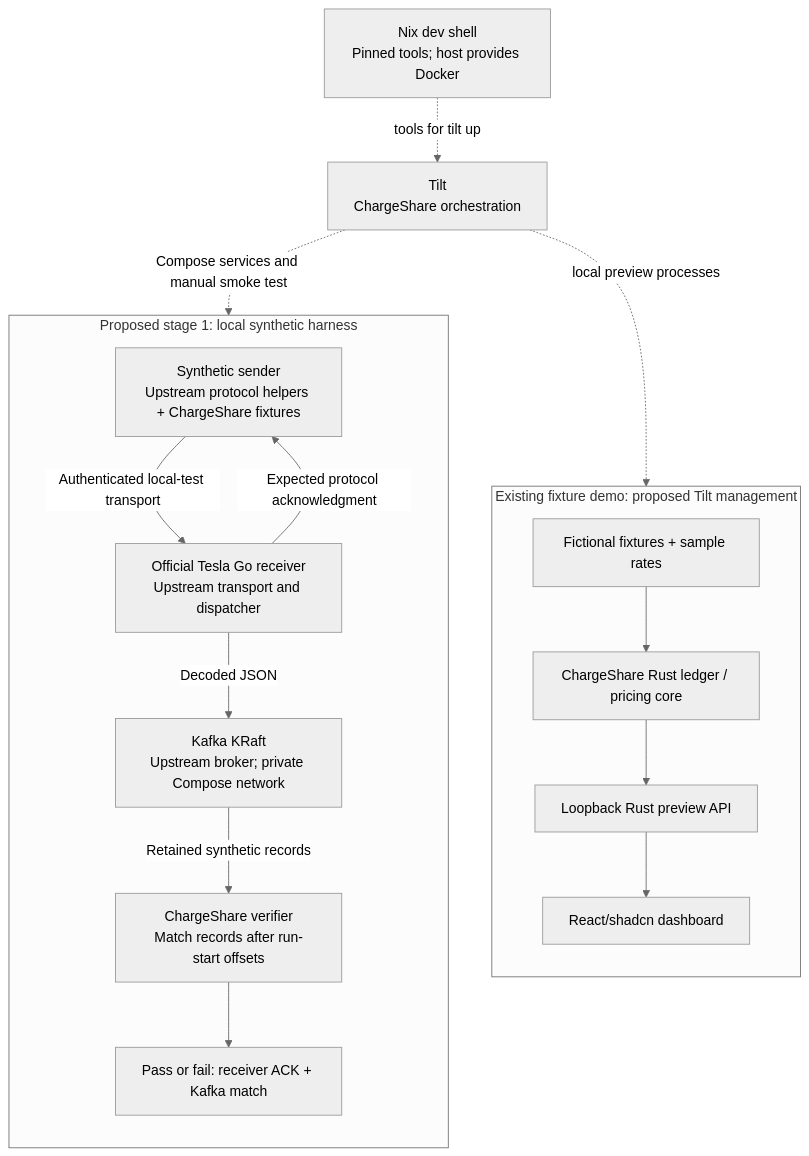
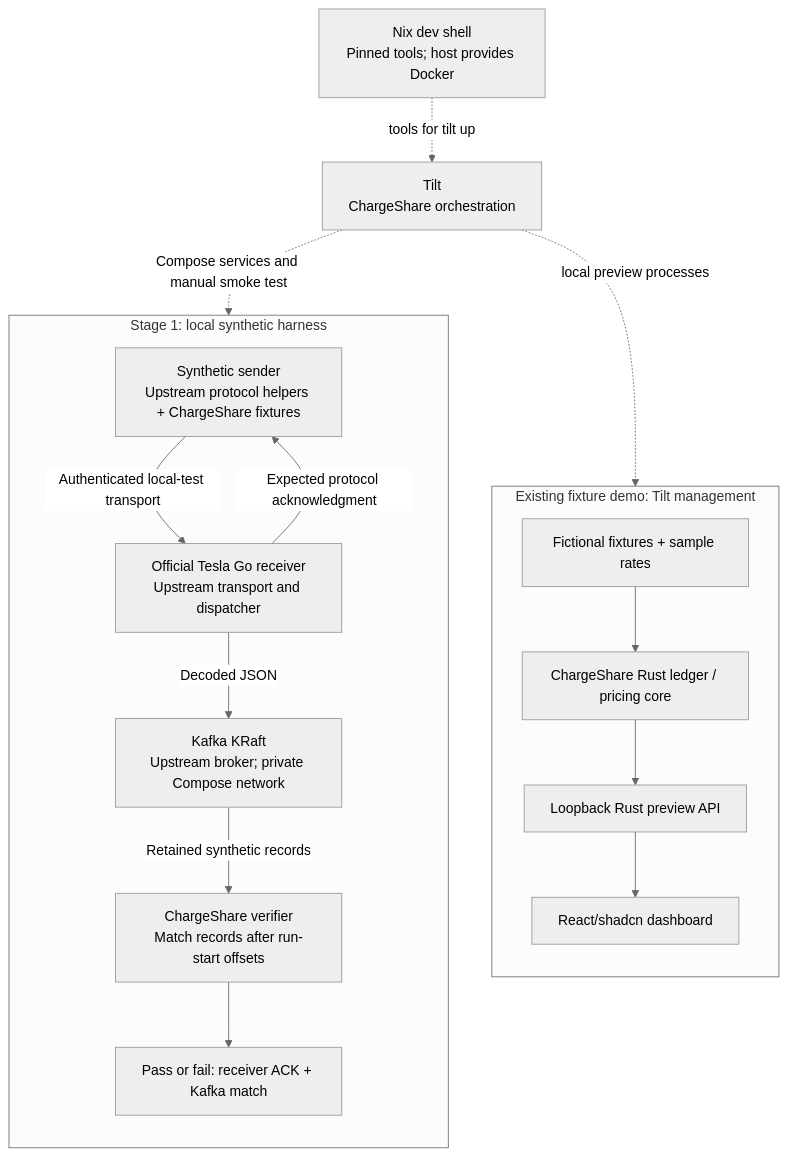
The diagram in openspec/changes/local-nix-tilt-kafka-harness/design.md (jestrada/ChargeShare), drawn with Mermaid (neutral theme) before and after one commit. The commit also changed other lines of this file and 47 other files, not shown here.

````diff
--- a/openspec/changes/local-nix-tilt-kafka-harness/design.md
+++ b/openspec/changes/local-nix-tilt-kafka-harness/design.md
@@ -11,31 +9,31 @@
 ```mermaid
 flowchart TB
     shell["Nix dev shell<br/>Pinned tools; host provides Docker"]
     tilt["Tilt<br/>ChargeShare orchestration"]
     shell -. "tools for tilt up" .-> tilt
     tilt -. "Compose services and manual smoke test" .-> harness
     tilt -. "local preview processes" .-> preview
 
-    subgraph harness["Proposed stage 1: local synthetic harness"]
+    subgraph harness["Stage 1: local synthetic harness"]
         direction TB
         sender["Synthetic sender<br/>Upstream protocol helpers + ChargeShare fixtures"]
         receiver["Official Tesla Go receiver<br/>Upstream transport and dispatcher"]
         kafka["Kafka KRaft<br/>Upstream broker; private Compose network"]
         verifier["ChargeShare verifier<br/>Match records after run-start offsets"]
         result["Pass or fail: receiver ACK + Kafka match"]
         sender -->|"Authenticated local-test transport"| receiver
         receiver -->|"Expected protocol acknowledgment"| sender
         receiver -->|"Decoded JSON"| kafka
         kafka -->|"Retained synthetic records"| verifier
         verifier --> result
     end
 
-    subgraph preview["Existing fixture demo: proposed Tilt management"]
+    subgraph preview["Existing fixture demo: Tilt management"]
         direction TB
         fixtures["Fictional fixtures + sample rates"]
         core["ChargeShare Rust ledger / pricing core"]
         api["Loopback Rust preview API"]
         dashboard["React/shadcn dashboard"]
         fixtures --> core --> api --> dashboard
     end
 ```
````
